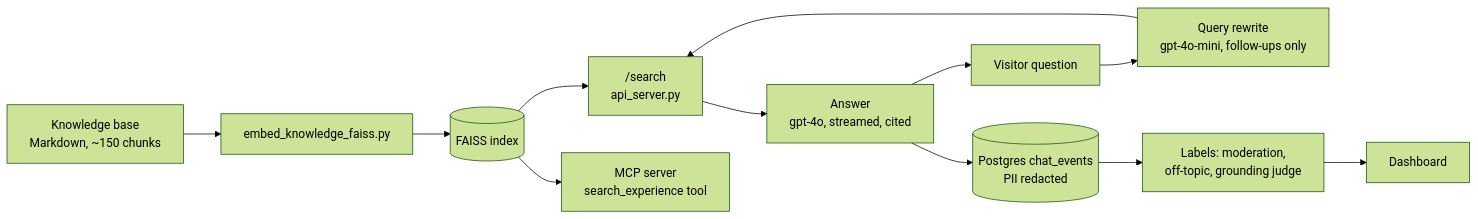
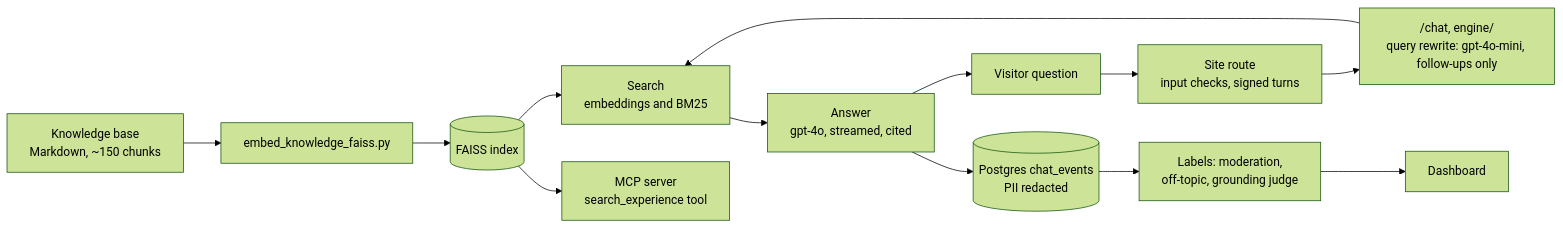
The diagram in README.md (jordanne-dyck/jordannedyck-ai), drawn with Mermaid (forest theme) before and after one commit. The commit also changed other lines of this file and 3 other files, not shown here.

````diff
--- a/README.md
+++ b/README.md
@@ -25,14 +25,15 @@
 ```mermaid
 flowchart LR
     KB["Knowledge base<br/>Markdown, ~150 chunks"] --> EMB["embed_knowledge_faiss.py"]
     EMB --> IDX[("FAISS index")]
-    V["Visitor question"] --> RW["Query rewrite<br/>gpt-4o-mini, follow-ups only"]
-    RW --> S["/search<br/>api_server.py"]
+    V["Visitor question"] --> SITE["Site route<br/>input checks, signed turns"]
+    SITE --> RW["/chat, engine/<br/>query rewrite: gpt-4o-mini, follow-ups only"]
+    RW --> S["Search<br/>embeddings and BM25"]
     IDX --> S
     S --> A["Answer<br/>gpt-4o, streamed, cited"]
     A --> V
     A --> LOG[("Postgres chat_events<br/>PII redacted")]
     LOG --> LAB["Labels: moderation,<br/>off-topic, grounding judge"]
     LAB --> DASH["Dashboard"]
     IDX --> MCP["MCP server<br/>search_experience tool"]
 ```
````
